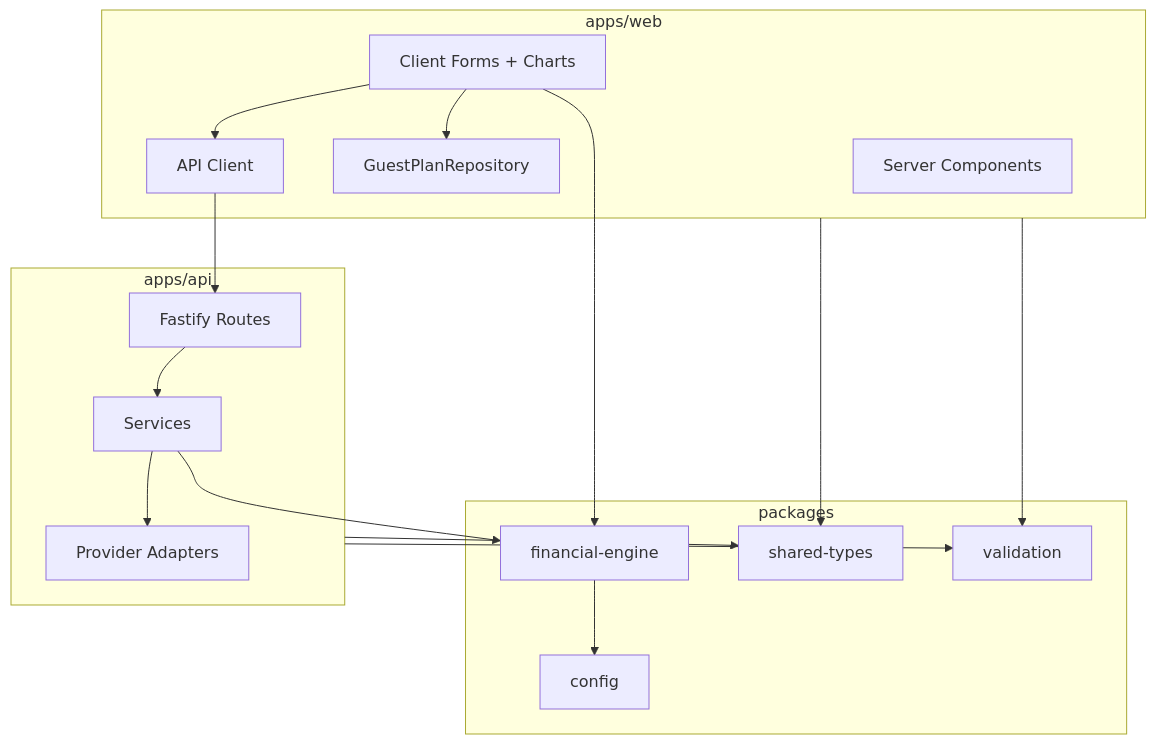
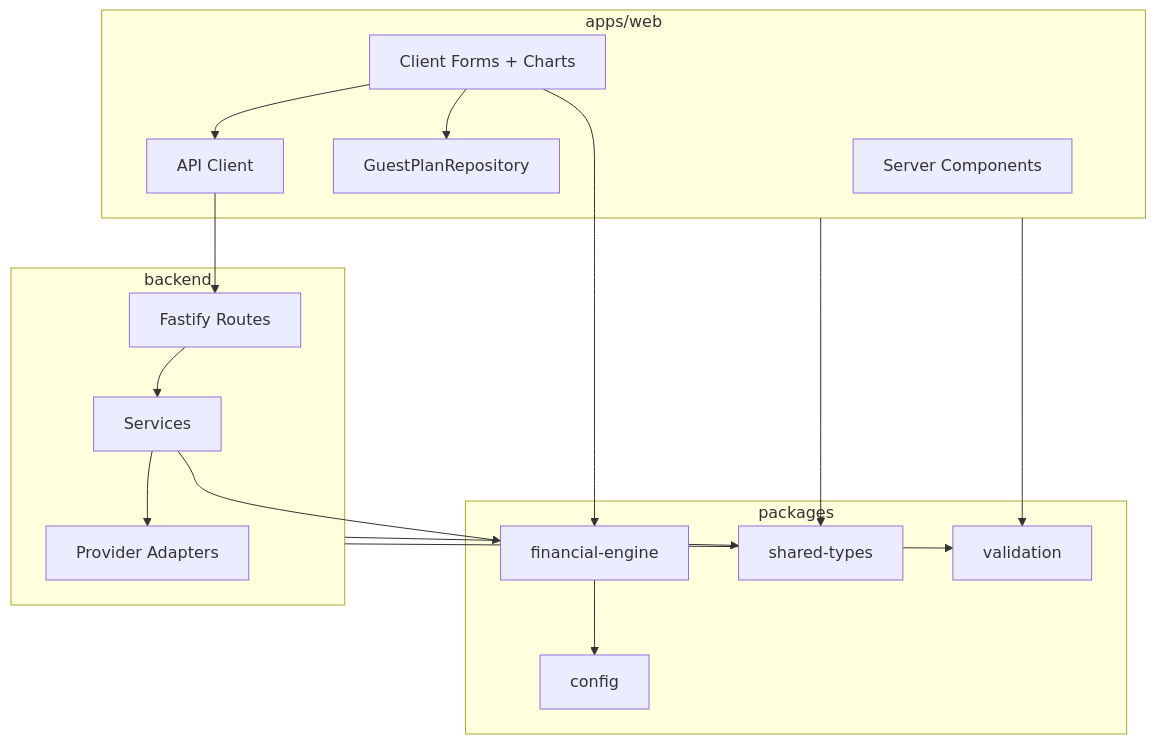
The second of 5 diagrams in docs/PROJECT_BLUEPRINT.md (Nevanoz/SeasonWise), drawn with Mermaid before and after one commit. The commit also changed other lines of this file and 63 other files, not shown here.

````diff
--- a/docs/PROJECT_BLUEPRINT.md
+++ b/docs/PROJECT_BLUEPRINT.md
@@ -119,32 +118,32 @@
 ```mermaid
 flowchart TB
   subgraph Web["apps/web"]
     SC["Server Components"]
     CC["Client Forms + Charts"]
     LS["GuestPlanRepository"]
     AC["API Client"]
   end
   subgraph Shared["packages"]
     FE["financial-engine"]
     ST["shared-types"]
     VA["validation"]
     CO["config"]
   end
-  subgraph API["apps/api"]
+  subgraph API["backend"]
     RT["Fastify Routes"]
     SV["Services"]
     AD["Provider Adapters"]
   end
   CC --> FE
   CC --> LS
   CC --> AC
   AC --> RT
   RT --> SV
   SV --> FE
   SV --> AD
   Web --> ST
   API --> ST
   Web --> VA
   API --> VA
   FE --> CO
 ```
````
